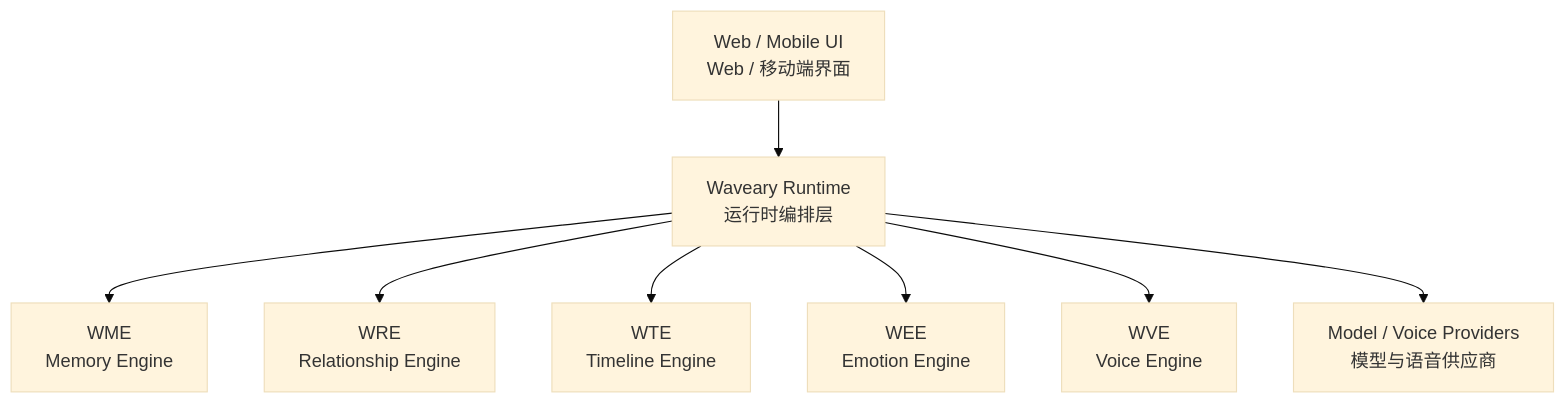
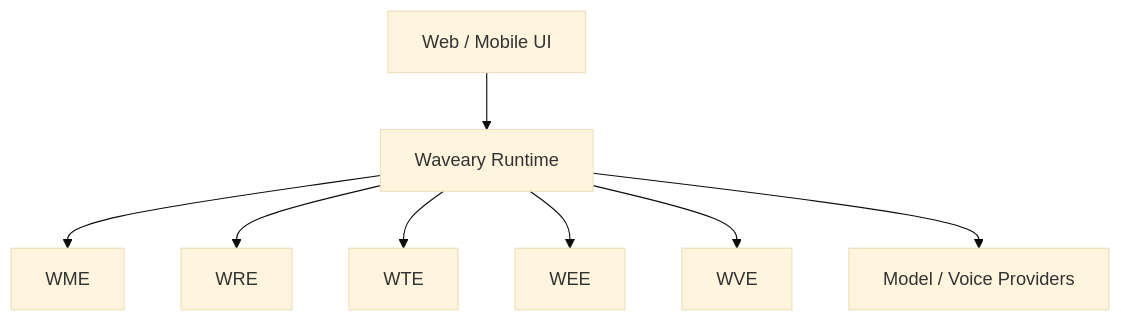
The diagram in README.md (K2st0r/Waveary), drawn with Mermaid (base theme) before and after one commit. The commit also changed other lines of this file and 2 other files, not shown here.

````diff
--- a/README.md
+++ b/README.md
@@ -203,10 +169,10 @@
 ```mermaid
 flowchart TD
-    UI["Web / Mobile UI<br/>Web / 移动端界面"] --> Runtime["Waveary Runtime<br/>运行时编排层"]
-    Runtime --> Memory["WME<br/>Memory Engine"]
-    Runtime --> Relationship["WRE<br/>Relationship Engine"]
-    Runtime --> Timeline["WTE<br/>Timeline Engine"]
-    Runtime --> Emotion["WEE<br/>Emotion Engine"]
-    Runtime --> Voice["WVE<br/>Voice Engine"]
-    Runtime --> Providers["Model / Voice Providers<br/>模型与语音供应商"]
+    UI["Web / Mobile UI"] --> Runtime["Waveary Runtime"]
+    Runtime --> Memory["WME"]
+    Runtime --> Relationship["WRE"]
+    Runtime --> Timeline["WTE"]
+    Runtime --> Emotion["WEE"]
+    Runtime --> Voice["WVE"]
+    Runtime --> Providers["Model / Voice Providers"]
 ```
````
